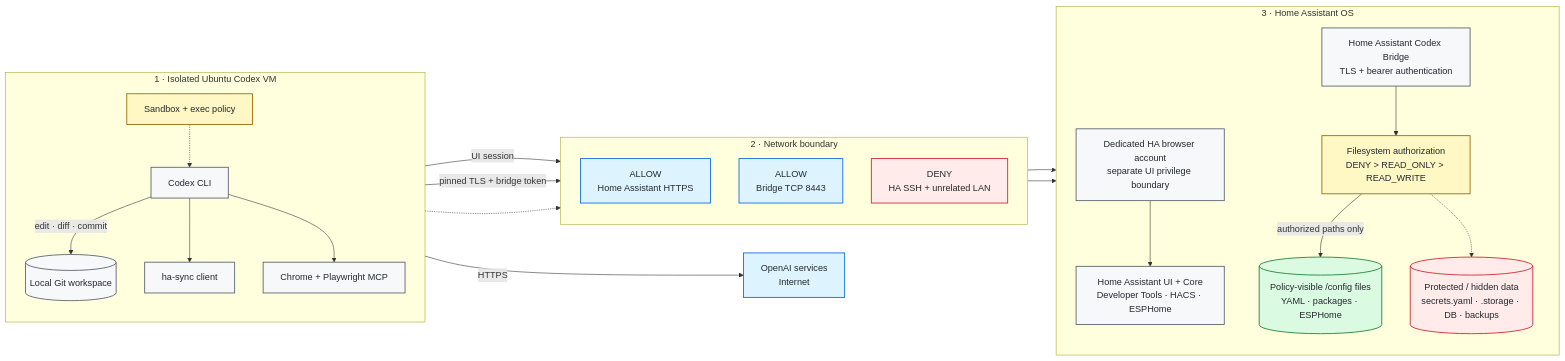
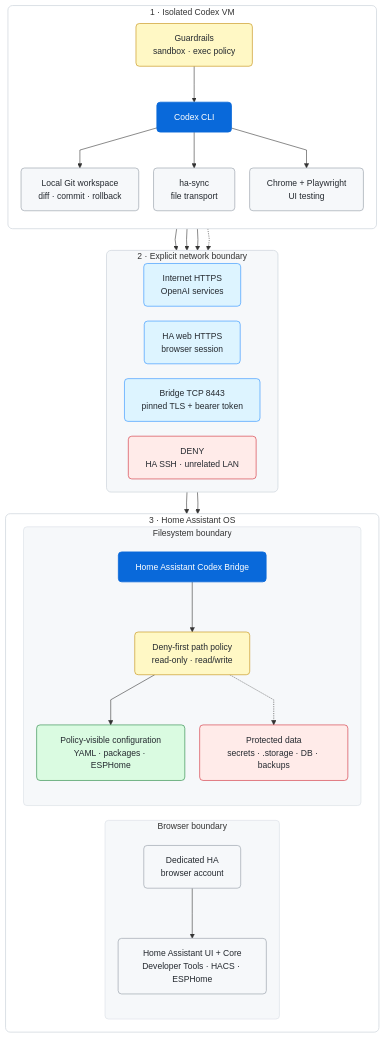
Before and after one commit to DreamMakers2/home-assistant-codex-bridge: the diagram in README.md, drawn with Mermaid.

Commit message:
Redesign Mermaid architecture for documentation

````diff
--- a/README.md
+++ b/README.md
@@ -39,57 +39,73 @@
 ```mermaid
-flowchart LR
-    OpenAI["OpenAI services<br/>Internet"]
+%%{init: {"flowchart": {"curve": "linear", "htmlLabels": true, "nodeSpacing": 26, "rankSpacing": 38}, "themeVariables": {"fontFamily": "-apple-system, BlinkMacSystemFont, Segoe UI, Helvetica, Arial, sans-serif", "fontSize": "15px"}}}%%
+flowchart TB
+    subgraph VM["1 · Isolated Codex VM"]
+        direction TB
+        Guard["Guardrails<br/>sandbox · exec policy"]
+        Codex["Codex CLI"]
+        Git["Local Git workspace<br/>diff · commit · rollback"]
+        Sync["ha-sync<br/>file transport"]
+        Browser["Chrome + Playwright<br/>UI testing"]
 
-    subgraph VM["1 · Isolated Ubuntu Codex VM"]
-        direction TB
-        Guard["Sandbox + exec policy"]
-        Codex["Codex CLI"]
-        Git[(Local Git workspace)]
-        Sync["ha-sync client"]
-        Browser["Chrome + Playwright MCP"]
-
-        Guard -.-> Codex
-        Codex -->|"edit · diff · commit"| Git
+        Guard --> Codex
+        Codex --> Git
         Codex --> Sync
         Codex --> Browser
     end
 
-    subgraph NET["2 · Network boundary"]
-        direction TB
-        Web["ALLOW<br/>Home Assistant HTTPS"]
-        Files["ALLOW<br/>Bridge TCP 8443"]
-        Lateral["DENY<br/>HA SSH + unrelated LAN"]
+    subgraph NET["2 · Explicit network boundary"]
+        direction LR
+        Internet["Internet HTTPS<br/>OpenAI services"]
+        Web["HA web HTTPS<br/>browser session"]
+        Files["Bridge TCP 8443<br/>pinned TLS + bearer token"]
+        DeniedNet["DENY<br/>HA SSH · unrelated LAN"]
     end
 
     subgraph HA["3 · Home Assistant OS"]
-        direction TB
-        Account["Dedicated HA browser account<br/>separate UI privilege boundary"]
-        Services["Home Assistant UI + Core<br/>Developer Tools · HACS · ESPHome"]
-        Bridge["Home Assistant Codex Bridge<br/>TLS + bearer authentication"]
-        Policy["Filesystem authorization<br/>DENY > READ_ONLY > READ_WRITE"]
-        Allowed[(Policy-visible /config files<br/>YAML · packages · ESPHome)]
-        Protected[(Protected / hidden data<br/>secrets.yaml · .storage · DB · backups)]
+        direction LR
 
-        Account --> Services
-        Bridge --> Policy
-        Policy -->|"authorized paths only"| Allowed
-        Policy -.-> Protected
+        subgraph UI["Browser boundary"]
+            direction TB
+            Account["Dedicated HA<br/>browser account"]
+            Services["Home Assistant UI + Core<br/>Developer Tools · HACS · ESPHome"]
+            Account --> Services
+        end
+
+        subgraph FS["Filesystem boundary"]
+            direction TB
+            Bridge["Home Assistant Codex Bridge"]
+            Policy["Deny-first path policy<br/>read-only · read/write"]
+            Approved["Policy-visible configuration<br/>YAML · packages · ESPHome"]
+            Protected["Protected data<br/>secrets · .storage · DB · backups"]
+
+            Bridge --> Policy
+            Policy --> Approved
+            Policy -.-> Protected
+        end
     end
 
-    Codex -->|"HTTPS"| OpenAI
-    Browser -->|"UI session"| Web --> Account
-    Sync -->|"pinned TLS + bridge token"| Files --> Bridge
-    Codex -.-> Lateral
+    Codex --> Internet
+    Browser --> Web --> Account
+    Sync --> Files --> Bridge
+    Codex -.-> DeniedNet
 
-    classDef compute fill:#f6f8fa,stroke:#57606a,stroke-width:1.5px,color:#24292f;
-    classDef boundary fill:#ddf4ff,stroke:#0969da,stroke-width:1.5px,color:#24292f;
-    classDef control fill:#fff8c5,stroke:#9a6700,stroke-width:1.5px,color:#24292f;
-    classDef allowed fill:#dafbe1,stroke:#1a7f37,stroke-width:1.5px,color:#24292f;
-    classDef denied fill:#ffebe9,stroke:#cf222e,stroke-width:1.5px,color:#24292f;
+    classDef primary fill:#0969da,stroke:#0969da,color:#ffffff,stroke-width:1.4px,rx:6px,ry:6px;
+    classDef neutral fill:#f6f8fa,stroke:#8c959f,color:#24292f,stroke-width:1px,rx:6px,ry:6px;
+    classDef control fill:#fff8c5,stroke:#bf8700,color:#24292f,stroke-width:1px,rx:6px,ry:6px;
+    classDef allow fill:#dafbe1,stroke:#1a7f37,color:#24292f,stroke-width:1px,rx:6px,ry:6px;
+    classDef deny fill:#ffebe9,stroke:#cf222e,color:#24292f,stroke-width:1px,rx:6px,ry:6px;
+    classDef network fill:#ddf4ff,stroke:#218bff,color:#24292f,stroke-width:1px,rx:6px,ry:6px;
 
-    class Codex,Git,Sync,Browser,Account,Services,Bridge compute;
-    class OpenAI,Web,Files boundary;
+    class Codex,Bridge primary;
+    class Git,Sync,Browser,Account,Services neutral;
     class Guard,Policy control;
-    class Allowed allowed;
-    class Protected,Lateral denied;
+    class Approved allow;
+    class Protected,DeniedNet deny;
+    class Internet,Web,Files network;
+
+    style VM fill:#ffffff,stroke:#d0d7de,stroke-width:1.3px,rx:8px,ry:8px
+    style NET fill:#f6f8fa,stroke:#d0d7de,stroke-width:1.3px,rx:8px,ry:8px
+    style HA fill:#ffffff,stroke:#d0d7de,stroke-width:1.3px,rx:8px,ry:8px
+    style UI fill:#f6f8fa,stroke:#d8dee4,stroke-width:1px,rx:6px,ry:6px
+    style FS fill:#f6f8fa,stroke:#d8dee4,stroke-width:1px,rx:6px,ry:6px
 ```
````
